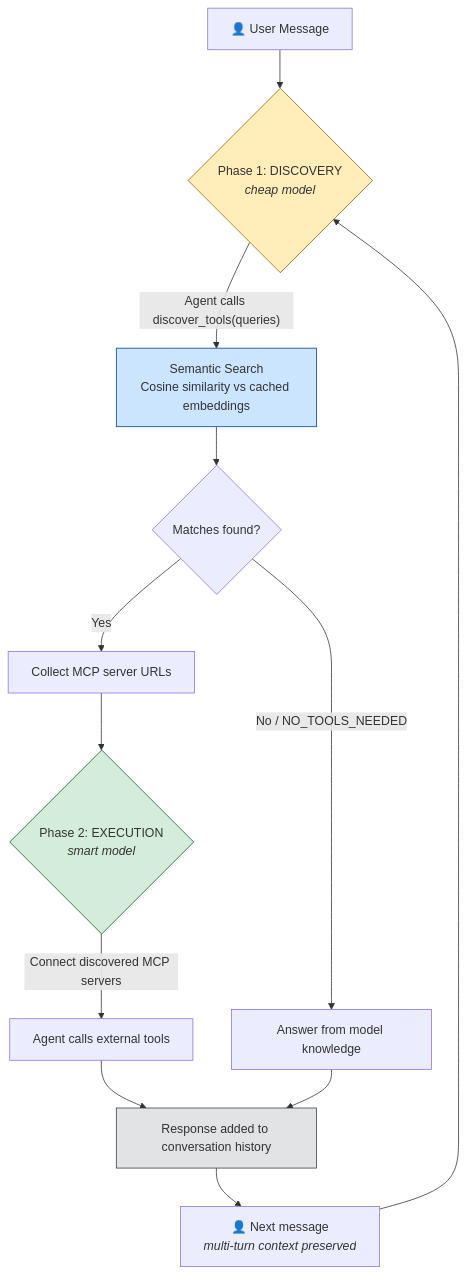
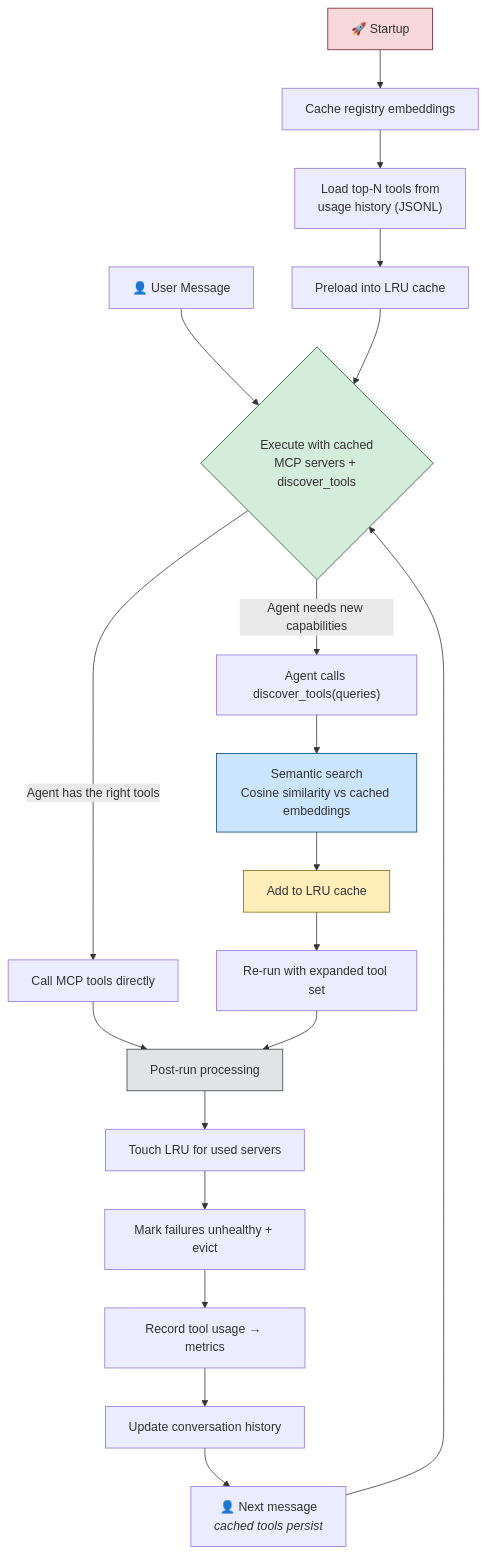
Before and after one commit to sanchar10/dynamic-tools-discovery_dedalus-labs: the diagram in README.md, drawn with Mermaid. The commit also changed other lines of this file and 14 other files, not shown here.

First line of the commit message:
refactor: provider-agnostic architecture with LRU caching and richer embeddings

````diff
--- a/README.md
+++ b/README.md
@@ -24,19 +7,28 @@
 ```mermaid
 flowchart TD
-    A["👤 User Message"] --> B{"Phase 1: DISCOVERY<br/><i>cheap model</i>"}
-    B -->|"Agent calls discover_tools(queries)"| C["Semantic Search<br/>Cosine similarity vs cached embeddings"]
-    C --> D{"Matches found?"}
-    D -->|Yes| E["Collect MCP server URLs"]
-    D -->|No / NO_TOOLS_NEEDED| F["Answer from model knowledge"]
-    E --> G{"Phase 2: EXECUTION<br/><i>smart model</i>"}
-    G -->|"Connect discovered MCP servers"| H["Agent calls external tools"]
-    H --> I["Response added to conversation history"]
-    F --> I
-    I --> J["👤 Next message<br/><i>multi-turn context preserved</i>"]
-    J --> B
+    A["👤 User Message"] --> B{"Execute with cached<br/>MCP servers + discover_tools"}
+    B -->|"Agent has the right tools"| C["Call MCP tools directly"]
+    B -->|"Agent needs new capabilities"| D["Agent calls discover_tools(queries)"]
+    D --> E["Semantic search<br/>Cosine similarity vs cached embeddings"]
+    E --> F["Add to LRU cache"]
+    F --> G["Re-run with expanded tool set"]
+    C --> H["Post-run processing"]
+    G --> H
+    H --> I["Touch LRU for used servers"]
+    I --> J["Mark failures unhealthy + evict"]
+    J --> K["Record tool usage → metrics"]
+    K --> L["Update conversation history"]
+    L --> M["👤 Next message<br/><i>cached tools persist</i>"]
+    M --> B
 
-    style B fill:#ffeeba,stroke:#856404
-    style G fill:#d4edda,stroke:#155724
-    style C fill:#cce5ff,stroke:#004085
-    style I fill:#e2e3e5,stroke:#383d41
+    N["🚀 Startup"] --> O["Cache registry embeddings"]
+    O --> P["Load top-N tools from<br/>usage history (JSONL)"]
+    P --> Q["Preload into LRU cache"]
+    Q --> B
+
+    style B fill:#d4edda,stroke:#155724
+    style E fill:#cce5ff,stroke:#004085
+    style F fill:#ffeeba,stroke:#856404
+    style H fill:#e2e3e5,stroke:#383d41
+    style N fill:#f8d7da,stroke:#721c24
 ```
````
